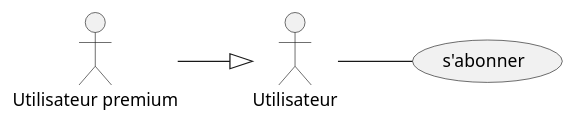
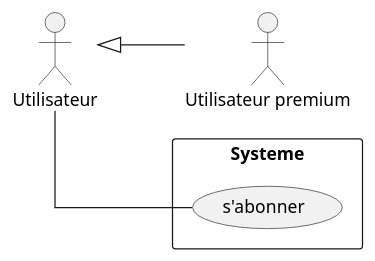
The diagram in Desktop/rapport/usecase/sabonner.puml (benslimenmohamedaziz3-bot/diagrammes), drawn with PlantUML before and after one commit. The commit also changed 19 other files, not shown here.

```diff
--- a/Desktop/rapport/usecase/sabonner.puml
+++ b/Desktop/rapport/usecase/sabonner.puml
@@ -1,11 +1,19 @@
 @startuml
 left to right direction
+skinparam shadowing false
+skinparam linetype ortho
+skinparam nodesep 60
+skinparam ranksep 70
+
 actor "Utilisateur" as Utilisateur
 actor "Utilisateur premium" as UtilisateurPremium
 
-usecase "s'abonner" as Abonner
+rectangle "Systeme" as Systeme {
+  usecase "s'abonner" as Abonner
+}
 
+Utilisateur -[hidden]down- UtilisateurPremium
 UtilisateurPremium --|> Utilisateur
 Utilisateur -- Abonner
 
 @enduml
```
